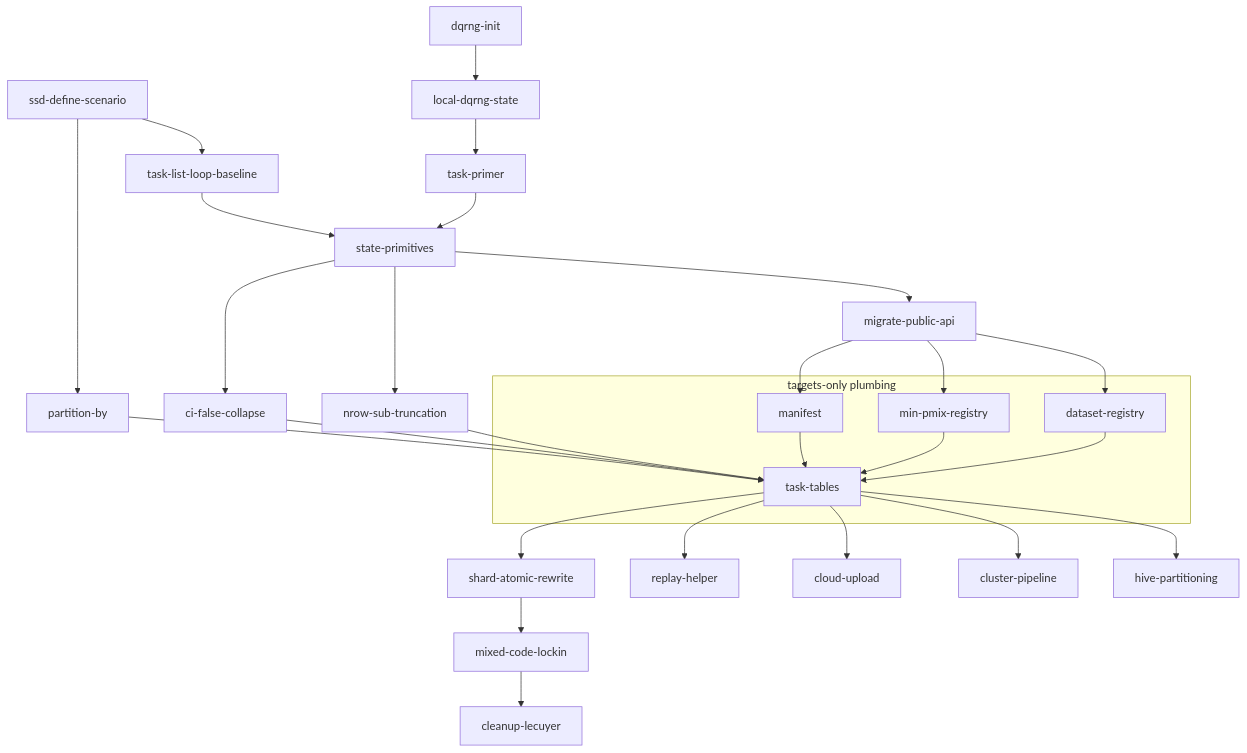
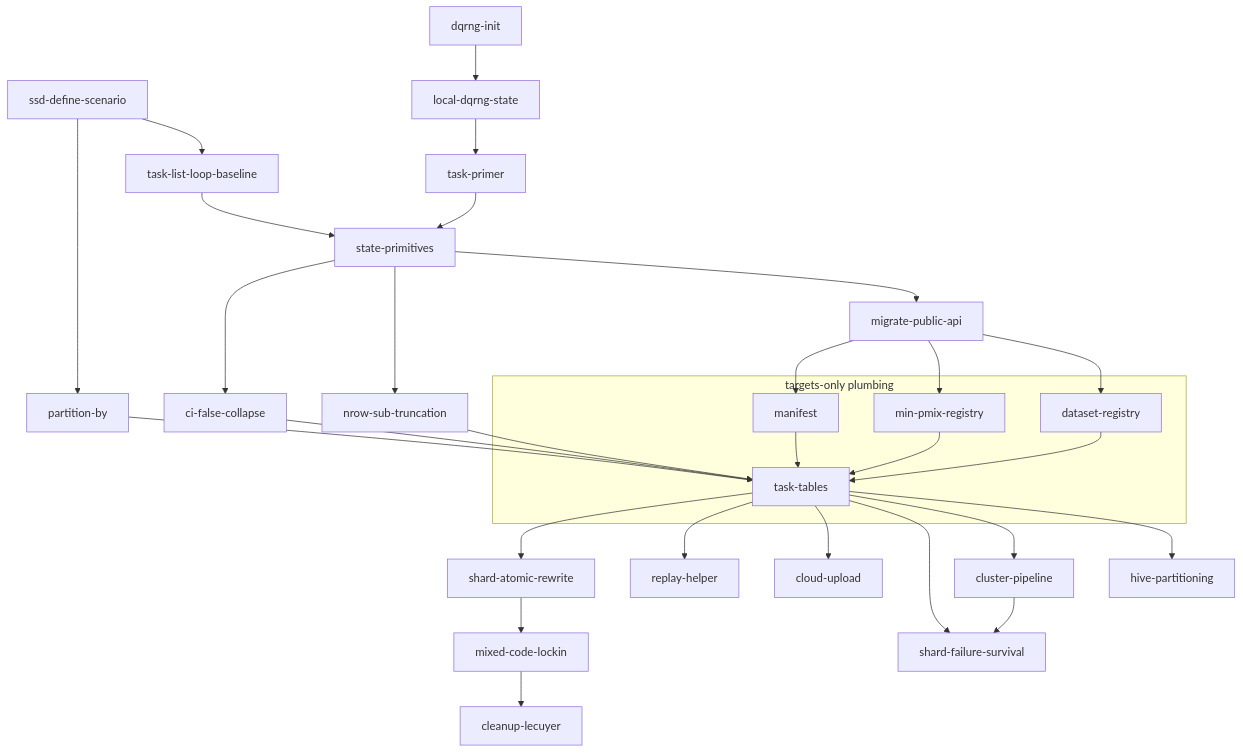
The diagram in TARGETS-DESIGN.md (poissonconsulting/ssdsims), drawn with Mermaid before and after one commit. The commit also changed other lines of this file, not shown here.

````diff
--- a/TARGETS-DESIGN.md
+++ b/TARGETS-DESIGN.md
@@ -1452,58 +1593,61 @@
 ```mermaid
 flowchart TD
     define[ssd-define-scenario]
     baseline[task-list-loop-baseline]
     dqinit[dqrng-init]
     dqstate[local-dqrng-state]
     primer[task-primer]
     prims[state-primitives]
     migrate[migrate-public-api]
     nrow[nrow-sub-truncation]
     ci[ci-false-collapse]
     partby[partition-by]
 
     subgraph targets [targets-only plumbing]
         dsreg[dataset-registry]
         pmreg[min-pmix-registry]
         manif[manifest]
         tt[task-tables]
         dsreg --> tt
         pmreg --> tt
         manif --> tt
     end
 
     hive[hive-partitioning]
     cluster[cluster-pipeline]
+    survive[shard-failure-survival]
     cloud[cloud-upload]
     replay[replay-helper]
     rewrite[shard-atomic-rewrite]
     lockin[mixed-code-lockin]
     cleanup[cleanup-lecuyer]
 
     define --> baseline
     define --> partby
     dqinit --> dqstate
     dqstate --> primer
     baseline --> prims
     primer --> prims
 
     prims --> migrate
     prims --> nrow
     prims --> ci
 
     migrate --> dsreg
     migrate --> pmreg
     migrate --> manif
     nrow --> tt
     ci --> tt
     partby --> tt
 
     tt --> hive
     tt --> cluster
+    tt --> survive
     tt --> cloud
     tt --> replay
     tt --> rewrite
 
+    cluster --> survive
     rewrite --> lockin
     lockin --> cleanup
 ```
````
